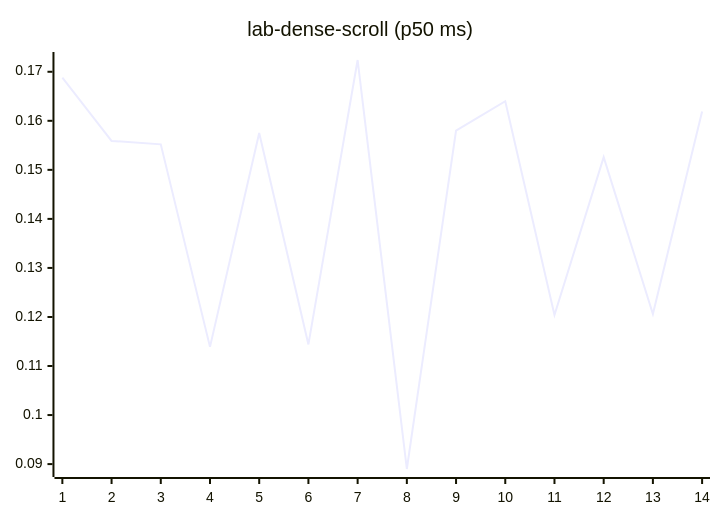
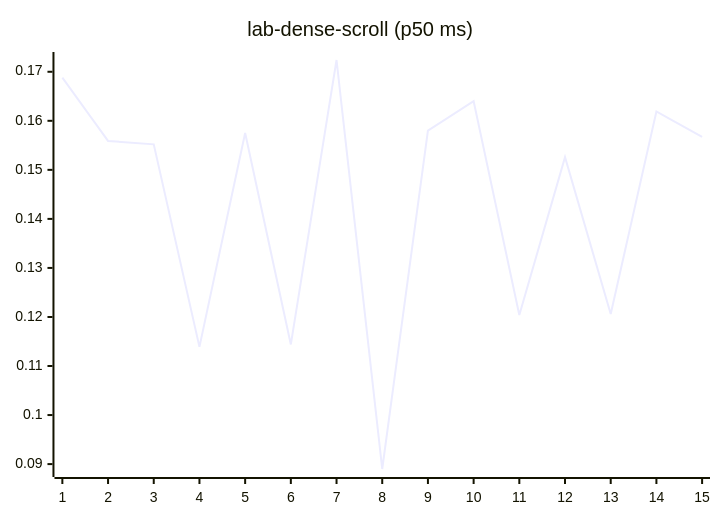
Diagram 12 of 27 in README.md (josha/Facet), drawn with Mermaid before and after one commit. The commit also changed other lines of this file and 2 other files, not shown here.

````diff
--- a/README.md
+++ b/README.md
@@ -140,6 +140,6 @@
 ```mermaid
 xychart-beta
     title "lab-dense-scroll (p50 ms)"
-    x-axis 1 --> 14
-    line [0.1688, 0.1559, 0.1552, 0.1139, 0.1575, 0.1144, 0.1724, 0.0890, 0.1580, 0.1640, 0.1204, 0.1526, 0.1206, 0.1619]
+    x-axis 1 --> 15
+    line [0.1688, 0.1559, 0.1552, 0.1139, 0.1575, 0.1144, 0.1724, 0.0890, 0.1580, 0.1640, 0.1204, 0.1526, 0.1206, 0.1619, 0.1567]
 ```
````
